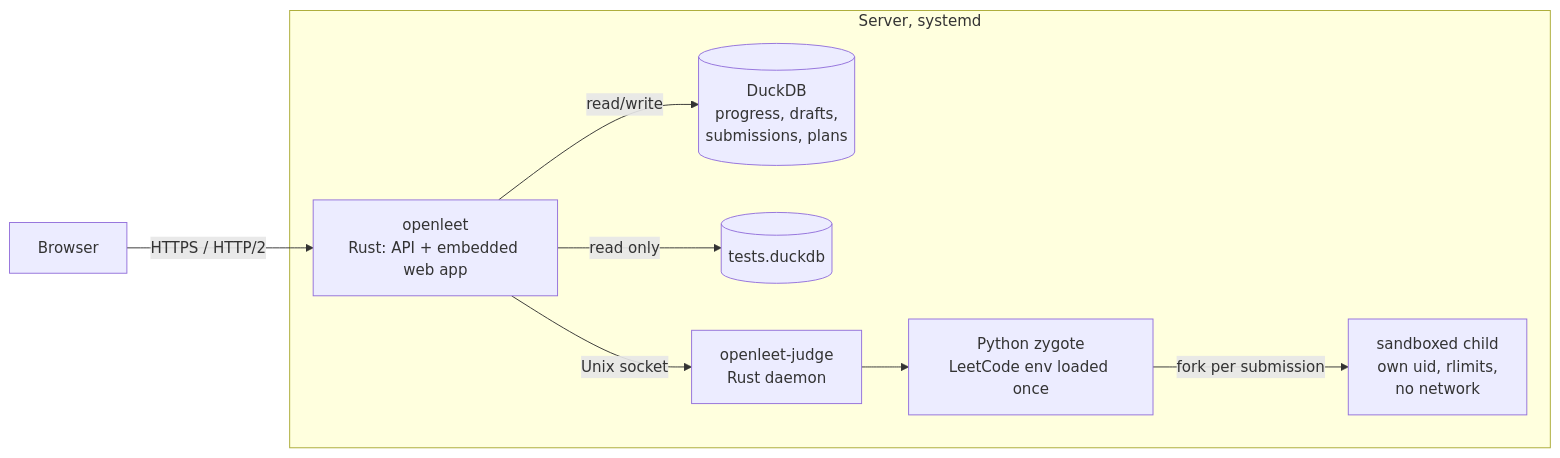
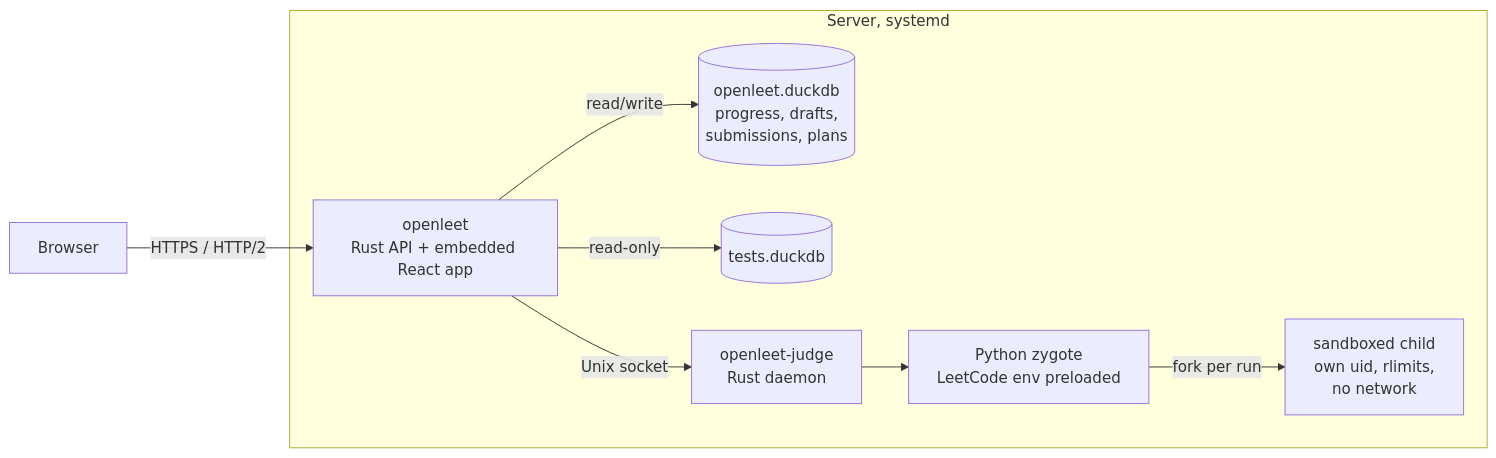
One commit to nsudhanva/openleet changed the first of 4 diagrams in docs/architecture.md. Above: the diagram before and after it, drawn with Mermaid. The commit also changed other lines of this file and 5 other files, not shown here.

Commit message:
docs: tighten README and docs with tables and diagrams

````diff
--- a/docs/architecture.md
+++ b/docs/architecture.md
@@ -6,12 +5,12 @@
 ```mermaid
 flowchart LR
     B[Browser] -- HTTPS / HTTP/2 --> S
     subgraph VM [Server, systemd]
-        S["openleet<br/>Rust: API + embedded web app"]
-        S -- read/write --> D[(DuckDB<br/>progress, drafts,<br/>submissions, plans)]
-        S -- read only --> T[(tests.duckdb)]
+        S["openleet<br/>Rust API + embedded React app"]
+        S -- read/write --> D[(openleet.duckdb<br/>progress, drafts,<br/>submissions, plans)]
+        S -- read-only --> T[(tests.duckdb)]
         S -- Unix socket --> J["openleet-judge<br/>Rust daemon"]
-        J --> Z["Python zygote<br/>LeetCode env loaded once"]
-        Z -- fork per submission --> C["sandboxed child<br/>own uid, rlimits,<br/>no network"]
+        J --> Z["Python zygote<br/>LeetCode env preloaded"]
+        Z -- fork per run --> C["sandboxed child<br/>own uid, rlimits,<br/>no network"]
     end
 ```
````
